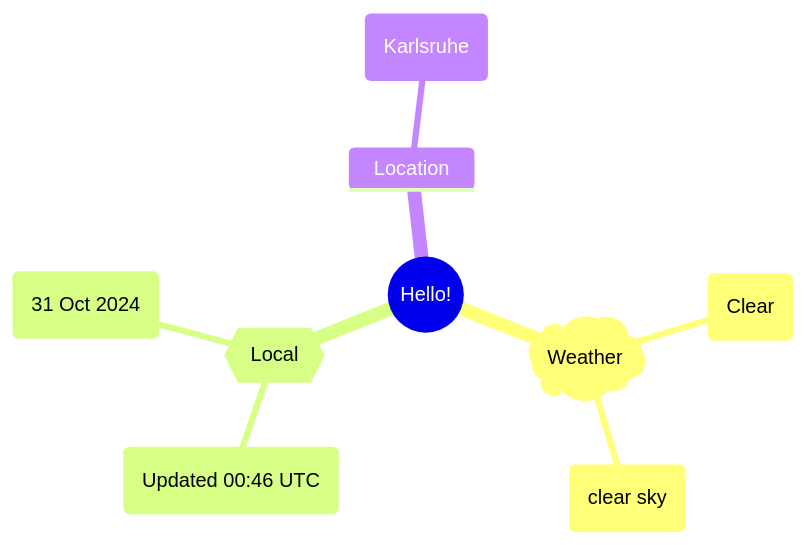
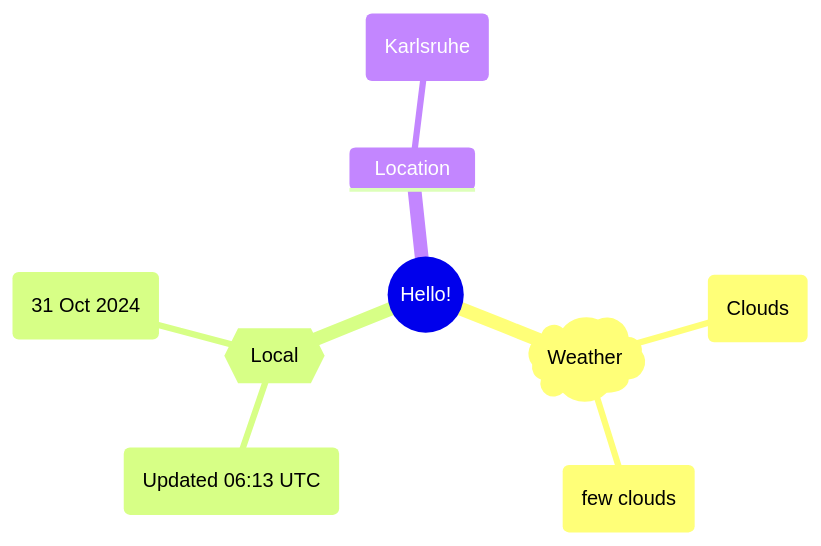
The first of 2 diagrams in README.md (Xosrov/Xosrov), drawn with Mermaid before and after one commit.

Commit message:
[bot] updated images

````diff
--- a/README.md
+++ b/README.md
@@ -3,12 +3,12 @@
 ```mermaid
 mindmap
   root((Hello!))
     )Weather(
-        (Clear)
-        (clear sky)
+        (Clouds)
+        (few clouds)
     {{Local}}
-        (Updated 00:46 UTC)
+        (Updated 06:13 UTC)
         (31 Oct 2024)
     Location
         (Karlsruhe)
 ```
````
